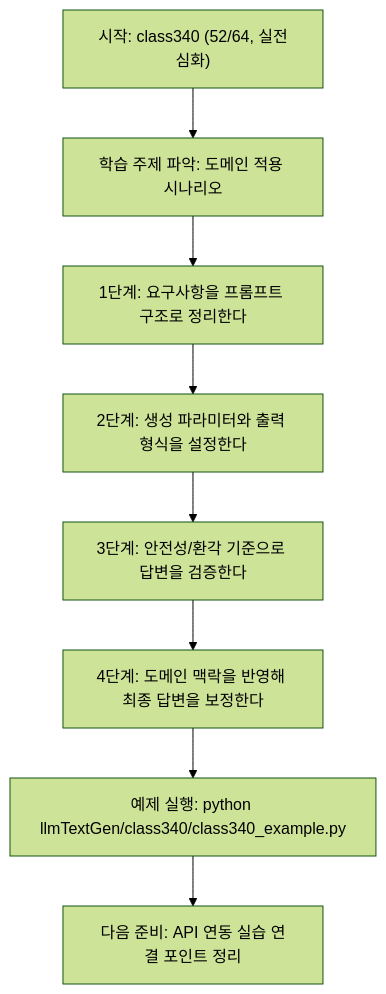
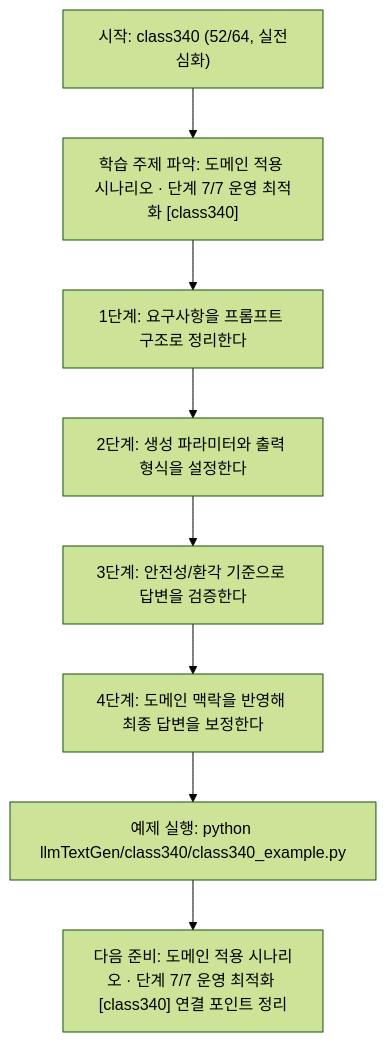
Before and after one commit to edumgt/Python-AI_Agent-Class: the diagram in llmTextGen/class340/class340.md, drawn with Mermaid (forest theme). The commit also changed other lines of this file and 522 other files, not shown here.

````diff
--- a/llmTextGen/class340/class340.md
+++ b/llmTextGen/class340/class340.md
@@ -113,18 +114,18 @@
 ```mermaid
 flowchart TD
 N1["시작: class340 (52/64, 실전심화)"]
-N2["학습 주제 파악: 도메인 적용 시나리오"]
+N2["학습 주제 파악: 도메인 적용 시나리오 · 단계 7/7 운영 최적화 [class340]"]
 N3["1단계: 요구사항을 프롬프트 구조로 정리한다"]
 N4["2단계: 생성 파라미터와 출력 형식을 설정한다"]
 N5["3단계: 안전성/환각 기준으로 답변을 검증한다"]
 N6["4단계: 도메인 맥락을 반영해 최종 답변을 보정한다"]
 N7["예제 실행: python llmTextGen/class340/class340_example.py"]
-N8["다음 준비: API 연동 실습 연결 포인트 정리"]
+N8["다음 준비: 도메인 적용 시나리오 · 단계 7/7 운영 최적화 [class340] 연결 포인트 정리"]
 N1 --> N2
 N2 --> N3
 N3 --> N4
 N4 --> N5
 N5 --> N6
 N6 --> N7
 N7 --> N8
 ```
````
